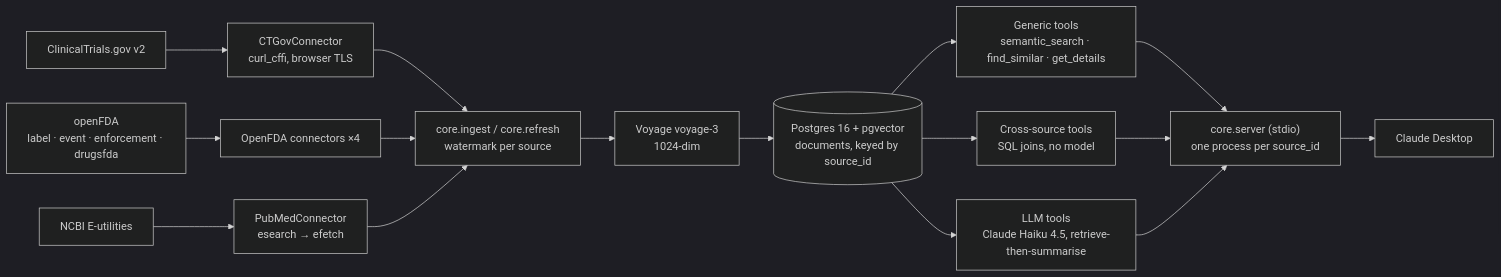
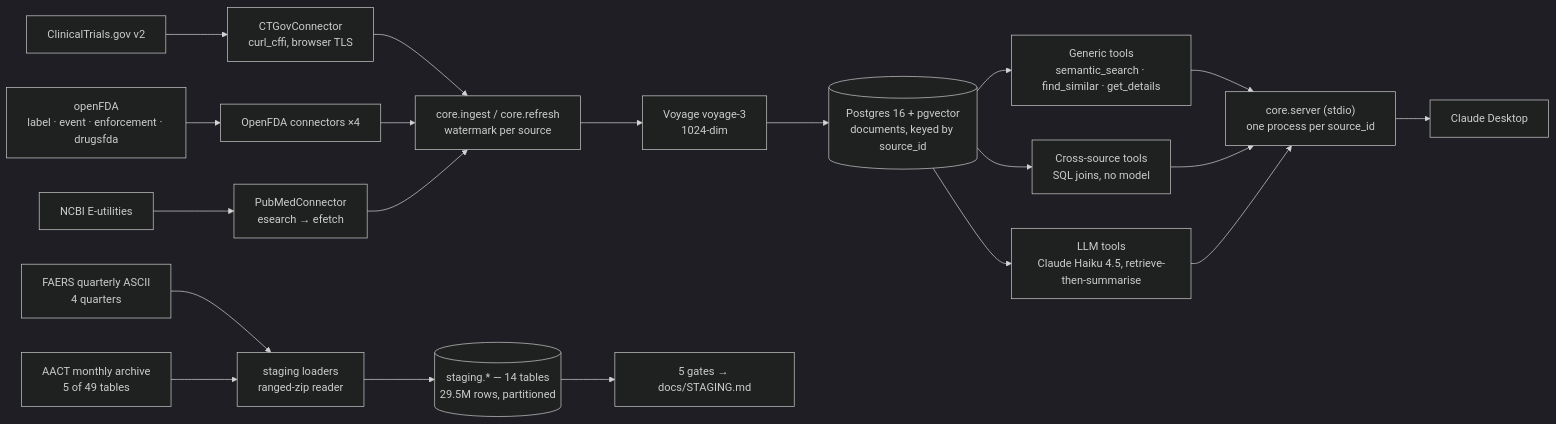
The diagram in docs/SITE_HANDOFF.md (tjromack/mcp-suite), drawn with Mermaid (dark theme) before and after one commit. The commit also changed other lines of this file and 29 other files, not shown here.

````diff
--- a/docs/SITE_HANDOFF.md
+++ b/docs/SITE_HANDOFF.md
@@ -79,18 +79,22 @@
 ```mermaid
 flowchart LR
   CT["ClinicalTrials.gov v2"] --> C1["CTGovConnector<br/>curl_cffi, browser TLS"]
   FDA["openFDA<br/>label · event · enforcement · drugsfda"] --> C2["OpenFDA connectors ×4"]
   NCBI["NCBI E-utilities"] --> C3["PubMedConnector<br/>esearch → efetch"]
   C1 --> ING["core.ingest / core.refresh<br/>watermark per source"]
   C2 --> ING
   C3 --> ING
   ING --> EMB["Voyage voyage-3<br/>1024-dim"]
   EMB --> DB[("Postgres 16 + pgvector<br/>documents, keyed by source_id")]
   DB --> G["Generic tools<br/>semantic_search · find_similar · get_details"]
   DB --> X["Cross-source tools<br/>SQL joins, no model"]
   DB --> L["LLM tools<br/>Claude Haiku 4.5, retrieve-then-summarise"]
   G --> SRV["core.server (stdio)<br/>one process per source_id"]
   X --> SRV
   L --> SRV
   SRV --> CD["Claude Desktop"]
+  FZ["FAERS quarterly ASCII<br/>4 quarters"] --> STG["staging loaders<br/>ranged-zip reader"]
+  AZ["AACT monthly archive<br/>5 of 49 tables"] --> STG
+  STG --> SDB[("staging.* — 14 tables<br/>29.5M rows, partitioned")]
+  SDB --> GT["5 gates → docs/STAGING.md"]
 ```
````
